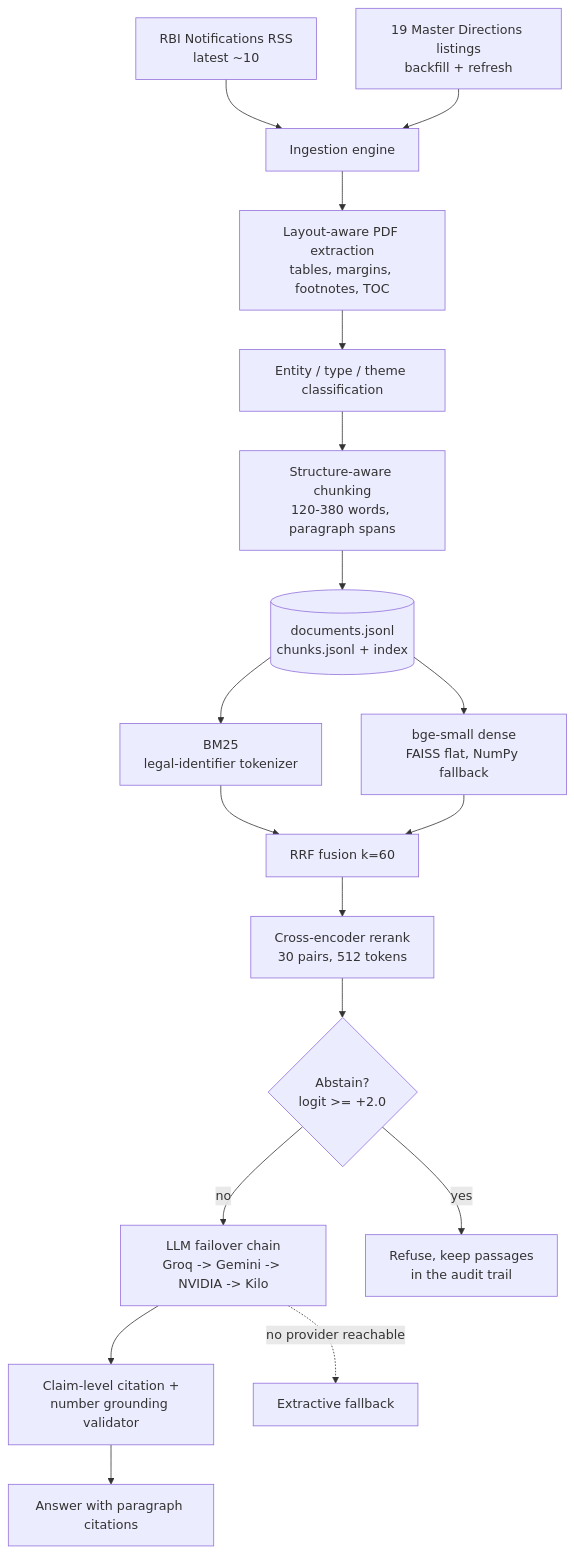
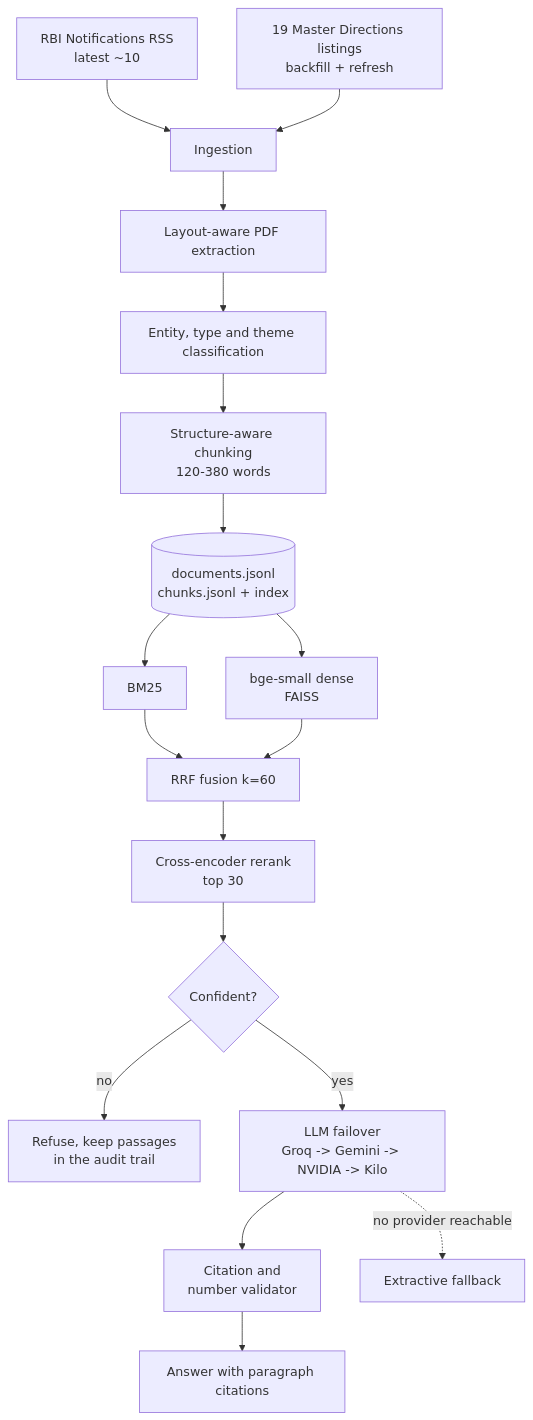
One commit to bravo2024/rbirag changed the diagram in README.md. Above: the diagram before and after it, drawn with Mermaid. The commit also changed other lines of this file and 4 other files, not shown here.

````diff
--- a/README.md
+++ b/README.md
@@ -61,20 +67,20 @@
 ```mermaid
 flowchart TD
-    A[RBI Notifications RSS<br/>latest ~10] --> C[Ingestion engine]
+    A[RBI Notifications RSS<br/>latest ~10] --> C[Ingestion]
     B[19 Master Directions listings<br/>backfill + refresh] --> C
-    C --> D[Layout-aware PDF extraction<br/>tables, margins, footnotes, TOC]
-    D --> E[Entity / type / theme classification]
-    E --> F[Structure-aware chunking<br/>120-380 words, paragraph spans]
+    C --> D[Layout-aware PDF extraction]
+    D --> E[Entity, type and theme classification]
+    E --> F[Structure-aware chunking<br/>120-380 words]
     F --> G[(documents.jsonl<br/>chunks.jsonl + index)]
-    G --> H[BM25<br/>legal-identifier tokenizer]
-    G --> I[bge-small dense<br/>FAISS flat, NumPy fallback]
+    G --> H[BM25]
+    G --> I[bge-small dense<br/>FAISS]
     H --> J[RRF fusion k=60]
     I --> J
-    J --> K[Cross-encoder rerank<br/>30 pairs, 512 tokens]
-    K --> L{Abstain?<br/>logit >= +2.0}
-    L -- no --> M[LLM failover chain<br/>Groq -> Gemini -> NVIDIA -> Kilo]
-    M --> N[Claim-level citation +<br/>number grounding validator]
+    J --> K[Cross-encoder rerank<br/>top 30]
+    K --> L{Confident?}
+    L -- no --> P[Refuse, keep passages<br/>in the audit trail]
+    L -- yes --> M[LLM failover<br/>Groq -> Gemini -> NVIDIA -> Kilo]
+    M --> N[Citation and<br/>number validator]
     N --> O[Answer with paragraph citations]
-    L -- yes --> P[Refuse, keep passages<br/>in the audit trail]
     M -. no provider reachable .-> Q[Extractive fallback]
 ```
````
